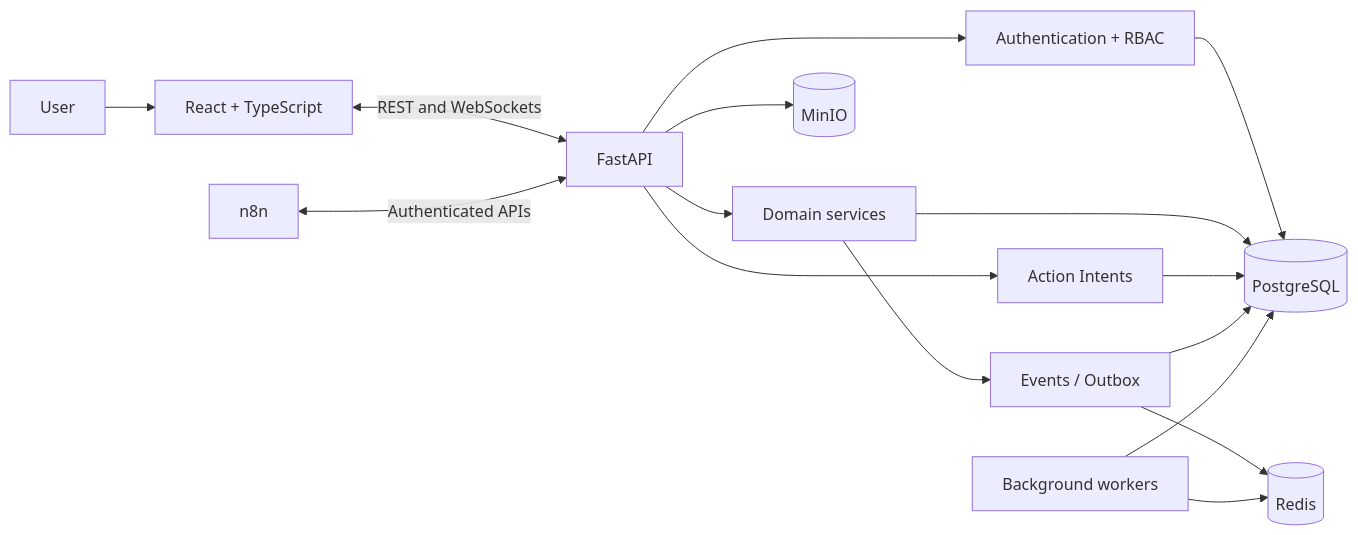
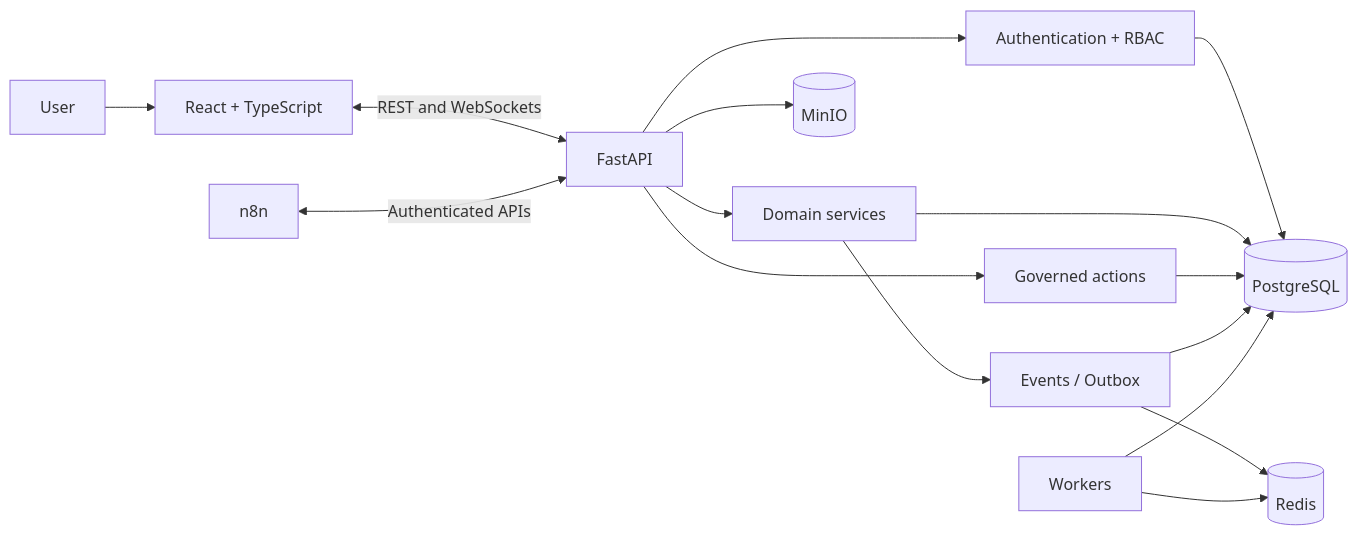
One commit to Mayconxzdev/Portal changed the diagram in README.en.md. Above: the diagram before and after it, drawn with Mermaid. The commit also changed other lines of this file and 1 other file, not shown here.

First line of the commit message:
Present Portal as an earlier public architecture reference

````diff
--- a/README.en.md
+++ b/README.en.md
@@ -148,21 +73,18 @@
 ```mermaid
 flowchart LR
     U[User] --> WEB[React + TypeScript]
     WEB <-->|REST and WebSockets| API[FastAPI]
-
     API --> AUTH[Authentication + RBAC]
     API --> DOM[Domain services]
-    API --> INTENT[Action Intents]
+    API --> ACTION[Governed actions]
     DOM --> OUTBOX[Events / Outbox]
-
     AUTH --> PG[(PostgreSQL)]
     DOM --> PG
-    INTENT --> PG
+    ACTION --> PG
     OUTBOX --> PG
     OUTBOX --> REDIS[(Redis)]
     API --> OBJ[(MinIO)]
-
     N8N[n8n] <-->|Authenticated APIs| API
-    WORKER[Background workers] --> REDIS
+    WORKER[Workers] --> REDIS
     WORKER --> PG
 ```
````
